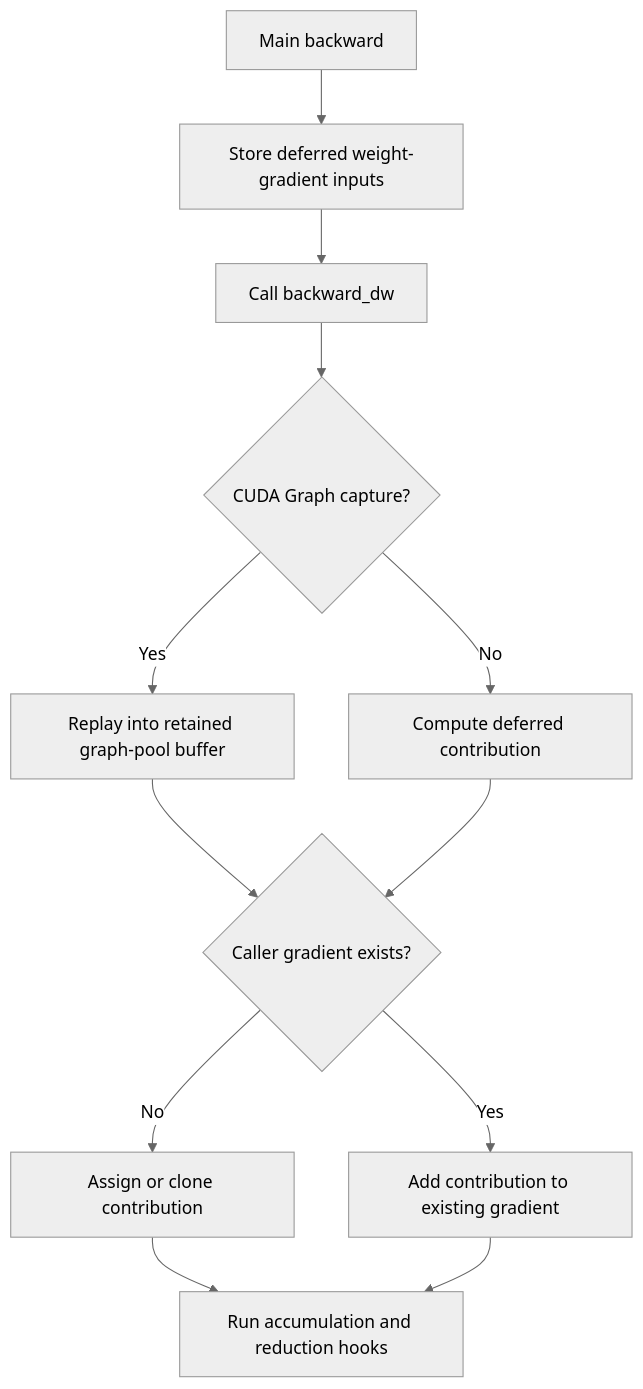
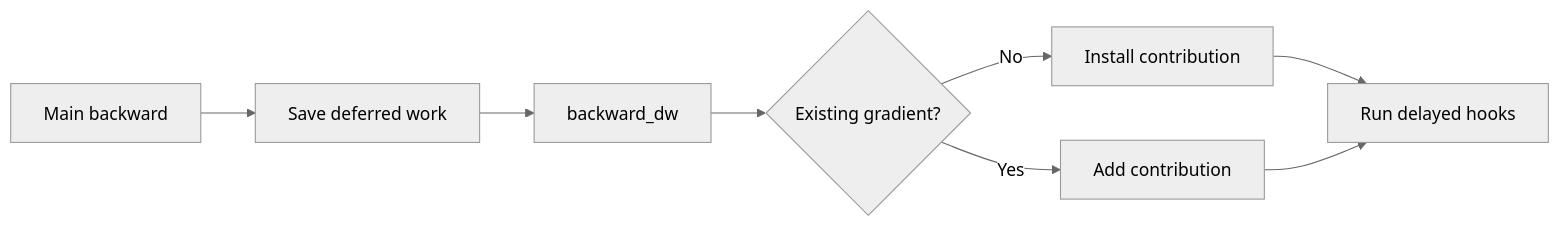
The diagram in knowledge/projects/transformer-engine/knowledgebase/upstream/prs/NVIDIA--TransformerEngine/PR-3552.md (yuguo-Jack/HCU-TrainFlow), drawn with Mermaid before and after one commit. The commit also changed other lines of this file and 42044 other files, not shown here.

````diff
--- a/knowledge/projects/transformer-engine/knowledgebase/upstream/prs/NVIDIA--TransformerEngine/PR-3552.md
+++ b/knowledge/projects/transformer-engine/knowledgebase/upstream/prs/NVIDIA--TransformerEngine/PR-3552.md
@@ -151,15 +185,11 @@
 ```mermaid
 %%{init: {'theme': 'neutral'}}%%
-flowchart TD
-    A[Main backward] --> B[Store deferred weight-gradient inputs]
-    B --> C[Call backward_dw]
-    C --> D{CUDA Graph capture?}
-    D -- No --> E[Compute deferred contribution]
-    D -- Yes --> F[Replay into retained graph-pool buffer]
-    F --> G{Caller gradient exists?}
-    E --> G
-    G -- No --> H[Assign or clone contribution]
-    G -- Yes --> I[Add contribution to existing gradient]
-    H --> J[Run accumulation and reduction hooks]
-    I --> J
+flowchart LR
+    A[Main backward] --> B[Save deferred work]
+    B --> C[backward_dw]
+    C --> D{Existing gradient?}
+    D -->|No| E[Install contribution]
+    D -->|Yes| F[Add contribution]
+    E --> G[Run delayed hooks]
+    F --> G
 ```
````
